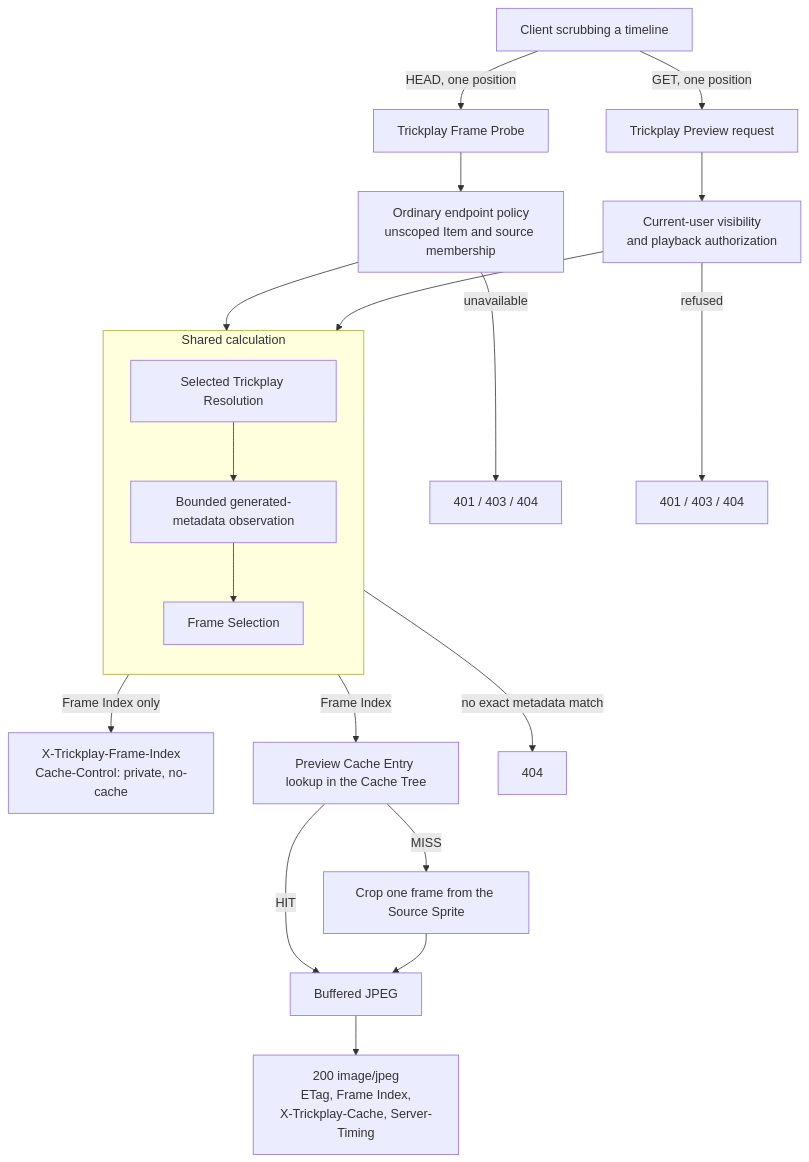
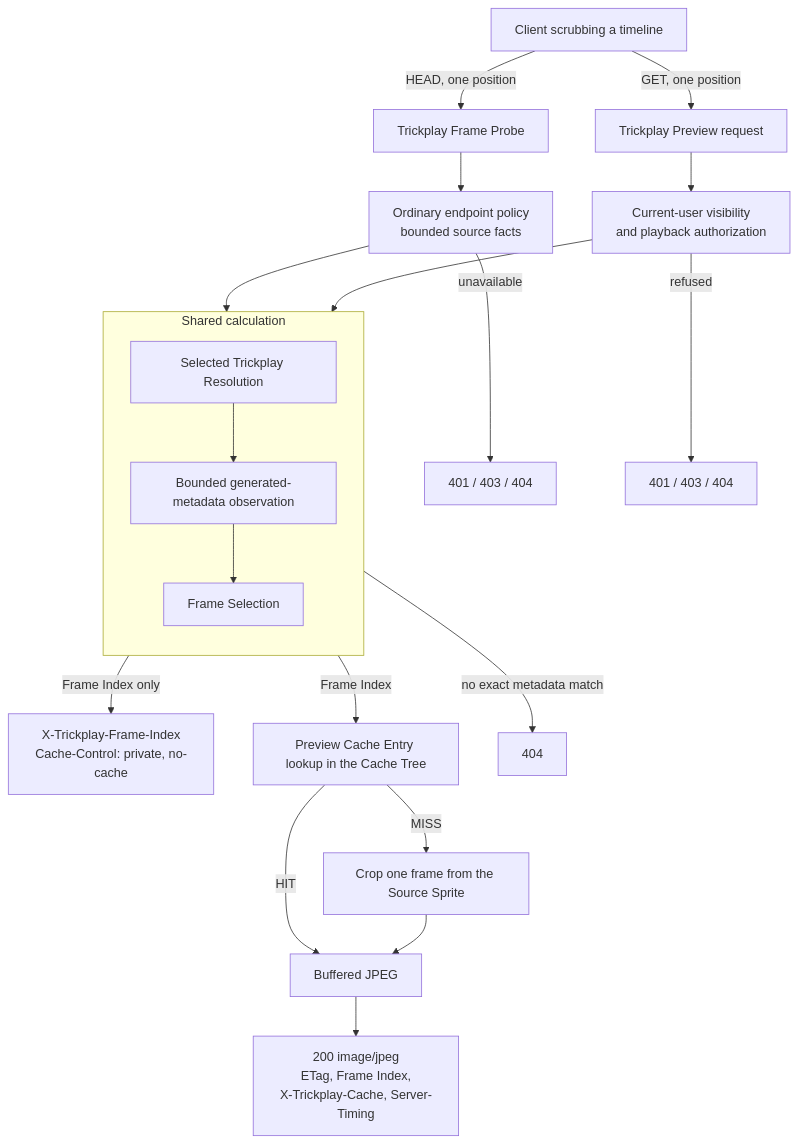
One commit to xiakeng/trickplay-cropper changed the diagram in docs/business/lifecycle/README.md. Above: the diagram before and after it, drawn with Mermaid. The commit also changed other lines of this file and 20 other files, not shown here.

First line of the commit message:
Cache source facts for the warm Trickplay Frame Probe (#98)

````diff
--- a/docs/business/lifecycle/README.md
+++ b/docs/business/lifecycle/README.md
@@ -22,30 +22,30 @@
 ```mermaid
 flowchart TD
     Client["Client scrubbing a timeline"]
 
     Client -->|"HEAD, one position"| Probe["Trickplay Frame Probe"]
     Client -->|"GET, one position"| Request["Trickplay Preview request"]
 
-    Probe --> ProbeSource["Ordinary endpoint policy<br/>unscoped Item and source membership"]
+    Probe --> ProbeSource["Ordinary endpoint policy<br/>bounded source facts"]
     Request --> PreviewAuth["Current-user visibility<br/>and playback authorization"]
     ProbeSource --> Pipeline
     PreviewAuth --> Pipeline
 
     subgraph Pipeline["Shared calculation"]
         direction TB
         Resolution["Selected Trickplay Resolution"]
         Resolution --> Metadata["Bounded generated-metadata observation"]
         Metadata --> Selection["Frame Selection"]
     end
 
     Selection -->|"Frame Index only"| ProbeAnswer["X-Trickplay-Frame-Index<br/>Cache-Control: private, no-cache"]
     Selection -->|"Frame Index"| Cache["Preview Cache Entry lookup in the Cache Tree"]
     Cache -->|"HIT"| Buffer["Buffered JPEG"]
     Cache -->|"MISS"| Generate["Crop one frame from the Source Sprite"]
     Generate --> Buffer
     Buffer --> Answer["200 image/jpeg<br/>ETag, Frame Index,<br/>X-Trickplay-Cache, Server-Timing"]
 
     ProbeSource -->|"unavailable"| RefusedProbe["401 / 403 / 404"]
     PreviewAuth -->|"refused"| RefusedAuth["401 / 403 / 404"]
     Resolution -->|"no exact metadata match"| RefusedResolution["404"]
 ```
````
